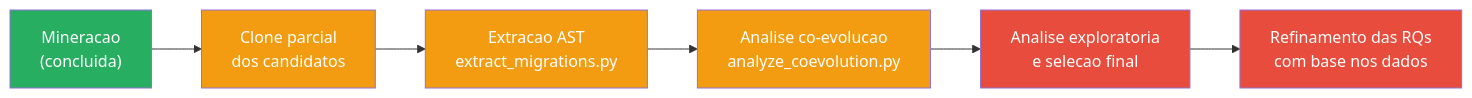
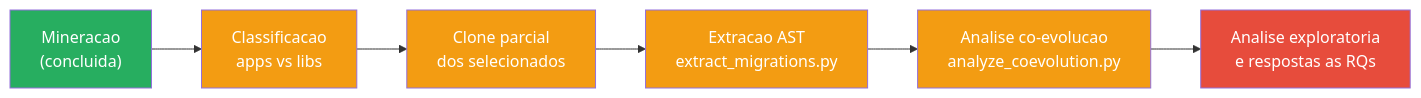
One commit to gabrielrochass/tcc-schema-code-evolution changed the sixth of 6 diagrams in docs/06-selecao-corpus.md. Above: the diagram before and after it, drawn with Mermaid. The commit also changed other lines of this file and 3 other files, not shown here.

````diff
--- a/docs/06-selecao-corpus.md
+++ b/docs/06-selecao-corpus.md
@@ -225,15 +177,15 @@
 ```mermaid
 flowchart LR
-    A["Mineracao\n(concluida)"] --> B["Clone parcial\ndos candidatos"]
-    B --> C["Extracao AST\nextract_migrations.py"]
-    C --> D["Analise co-evolucao\nanalyze_coevolution.py"]
-    D --> E["Analise exploratoria\ne selecao final"]
-    E --> F["Refinamento das RQs\ncom base nos dados"]
+    A["Mineracao\n(concluida)"] --> B["Classificacao\napps vs libs"]
+    B --> C["Clone parcial\ndos selecionados"]
+    C --> D["Extracao AST\nextract_migrations.py"]
+    D --> E["Analise co-evolucao\nanalyze_coevolution.py"]
+    E --> F["Analise exploratoria\ne respostas as RQs"]
 
     style A fill:#27ae60,color:#fff
     style B fill:#f39c12,color:#fff
     style C fill:#f39c12,color:#fff
     style D fill:#f39c12,color:#fff
-    style E fill:#e74c3c,color:#fff
+    style E fill:#f39c12,color:#fff
     style F fill:#e74c3c,color:#fff
 ```
````
